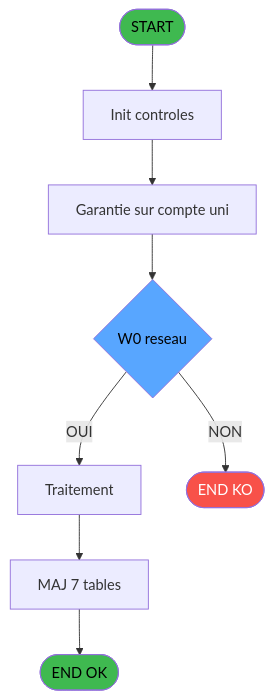
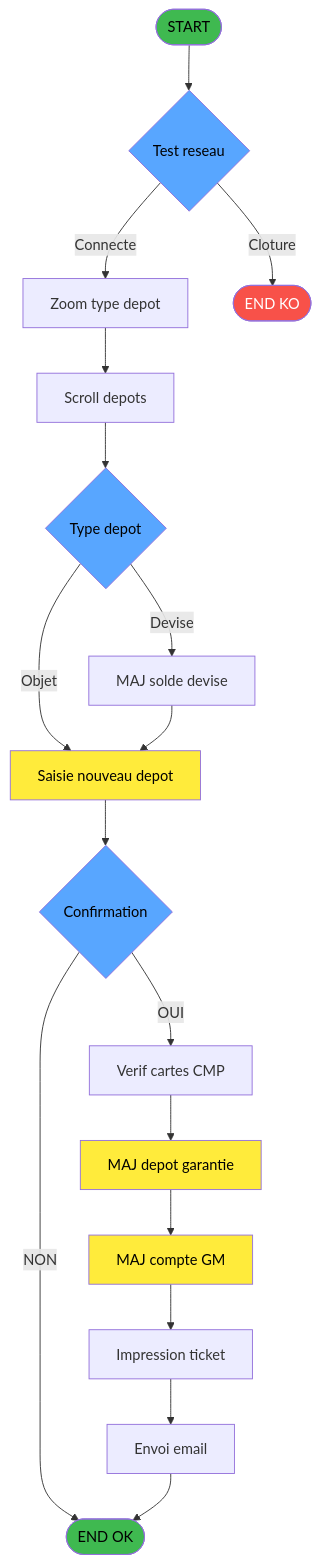
Before and after one commit to thonyAGP/lecteur-magic: the second of 4 diagrams in .openspec/specs/ADH-IDE-111.md, drawn with Mermaid. The commit also changed other lines of this file and 18 other files, not shown here.

````diff
--- a/.openspec/specs/ADH-IDE-111.md
+++ b/.openspec/specs/ADH-IDE-111.md
@@ -1677,21 +1734,45 @@
 ```mermaid
 flowchart TD
     START([START])
-    INIT[Init controles]
-    SAISIE[Garantie sur compte uni]
-    DECISION{W0 reseau}
-    PROCESS[Traitement]
-    UPDATE[MAJ 7 tables]
+    RESEAU{Test reseau}
+    ZOOM[Zoom type depot]
+    SCROLL[Scroll depots]
+    TYPEDEP{Type depot}
+    DEVSOLDE[MAJ solde devise]
+    SAISIE[Saisie nouveau depot]
+    CONFIRM{Confirmation}
+    CARDCHK[Verif cartes CMP]
+    MAJGAR[MAJ depot garantie]
+    MAJCGM[MAJ compte GM]
+    PRINT[Impression ticket]
+    MAIL[Envoi email]
     ENDOK([END OK])
     ENDKO([END KO])
 
-    START --> INIT --> SAISIE --> DECISION
-    DECISION -->|OUI| PROCESS
-    DECISION -->|NON| ENDKO
-    PROCESS --> UPDATE --> ENDOK
+    START --> RESEAU
+    RESEAU -->|Connecte| ZOOM
+    RESEAU -->|Cloture| ENDKO
+    ZOOM --> SCROLL
+    SCROLL --> TYPEDEP
+    TYPEDEP -->|Devise| DEVSOLDE
+    TYPEDEP -->|Objet| SAISIE
+    DEVSOLDE --> SAISIE
+    SAISIE --> CONFIRM
+    CONFIRM -->|OUI| CARDCHK
+    CONFIRM -->|NON| ENDOK
+    CARDCHK --> MAJGAR
+    MAJGAR --> MAJCGM
+    MAJCGM --> PRINT
+    PRINT --> MAIL
+    MAIL --> ENDOK
 
     style START fill:#3fb950,color:#000
     style ENDOK fill:#3fb950,color:#000
     style ENDKO fill:#f85149,color:#fff
-    style DECISION fill:#58a6ff,color:#000
+    style RESEAU fill:#58a6ff,color:#000
+    style TYPEDEP fill:#58a6ff,color:#000
+    style CONFIRM fill:#58a6ff,color:#000
+    style MAJGAR fill:#ffeb3b,color:#000
+    style MAJCGM fill:#ffeb3b,color:#000
+    style SAISIE fill:#ffeb3b,color:#000
 ```
````
